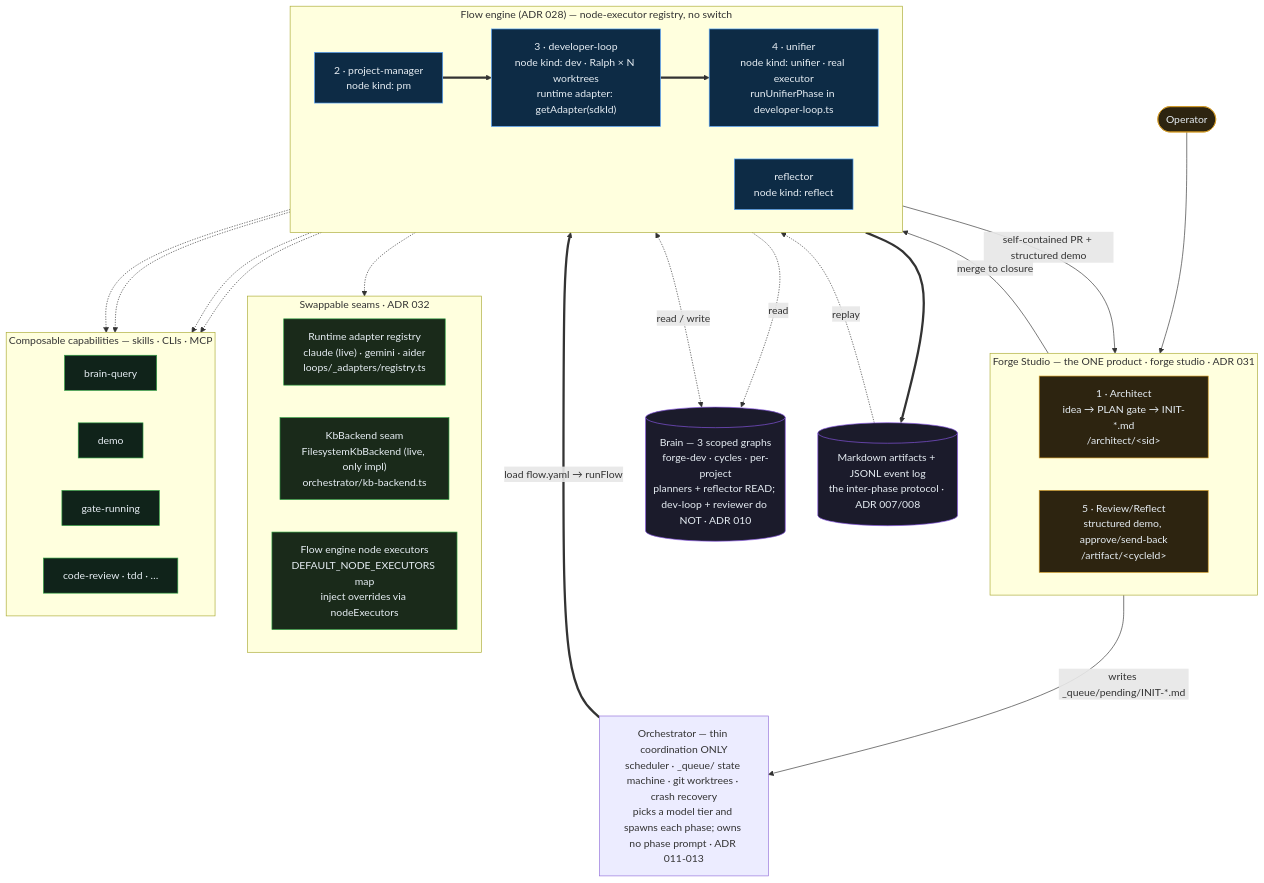
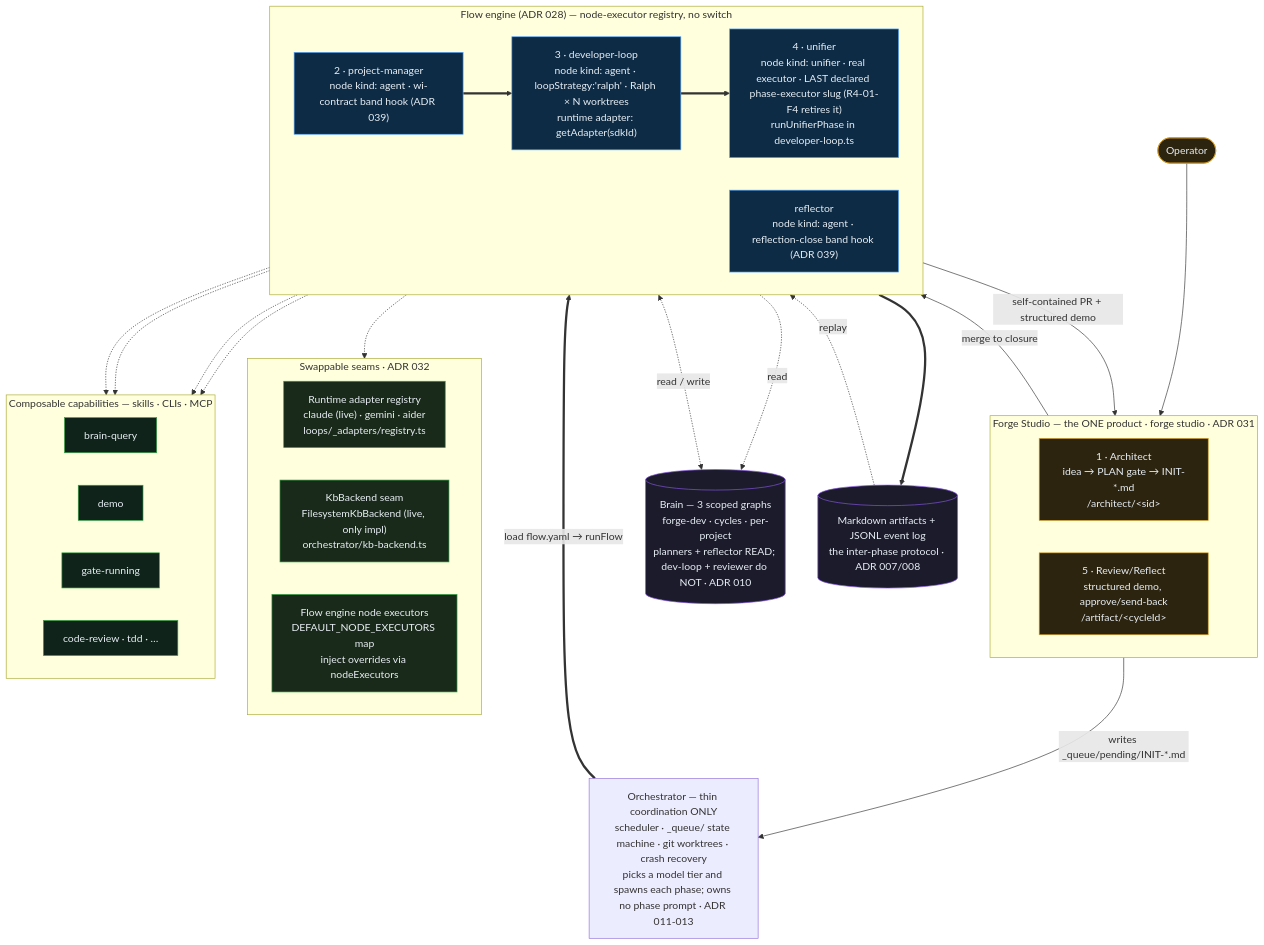
Before and after one commit to parsoFish/forge-studio: the diagram in ARCHITECTURE.md, drawn with Mermaid. The commit also changed other lines of this file and 5 other files, not shown here.

````diff
--- a/ARCHITECTURE.md
+++ b/ARCHITECTURE.md
@@ -51,65 +51,65 @@
 ```mermaid
 flowchart TB
     OP(["Operator"])
 
     subgraph STUDIO["Forge Studio — the ONE product · forge studio · ADR 031"]
         direction LR
         AR["1 · Architect<br/>idea → PLAN gate → INIT-*.md<br/>/architect/&lt;sid&gt;"]
         RV["5 · Review/Reflect<br/>structured demo, approve/send-back<br/>/artifact/&lt;cycleId&gt;"]
     end
 
     ORCH["Orchestrator — thin coordination ONLY<br/>scheduler · _queue/ state machine · git worktrees · crash recovery<br/>picks a model tier and spawns each phase; owns no phase prompt · ADR 011-013"]
 
     subgraph ENGINE["Flow engine (ADR 028) — node-executor registry, no switch"]
         direction LR
-        PM["2 · project-manager<br/>node kind: pm"]
-        DV["3 · developer-loop<br/>node kind: dev · Ralph × N worktrees<br/>runtime adapter: getAdapter(sdkId)"]
-        UN["4 · unifier<br/>node kind: unifier · real executor<br/>runUnifierPhase in developer-loop.ts"]
-        RFL["reflector<br/>node kind: reflect"]
+        PM["2 · project-manager<br/>node kind: agent · wi-contract band hook (ADR 039)"]
+        DV["3 · developer-loop<br/>node kind: agent · loopStrategy:'ralph' · Ralph × N worktrees<br/>runtime adapter: getAdapter(sdkId)"]
+        UN["4 · unifier<br/>node kind: unifier · real executor · LAST declared phase-executor slug (R4-01-F4 retires it)<br/>runUnifierPhase in developer-loop.ts"]
+        RFL["reflector<br/>node kind: agent · reflection-close band hook (ADR 039)"]
     end
 
     subgraph SEAMS["Swappable seams · ADR 032"]
         direction LR
         RA["Runtime adapter registry<br/>claude (live) · gemini · aider<br/>loops/_adapters/registry.ts"]
         KB["KbBackend seam<br/>FilesystemKbBackend (live, only impl)<br/>orchestrator/kb-backend.ts"]
         FE["Flow engine node executors<br/>DEFAULT_NODE_EXECUTORS map<br/>inject overrides via nodeExecutors"]
     end
 
     subgraph CAP["Composable capabilities — skills · CLIs · MCP"]
         direction LR
         C1["brain-query"]
         C2["demo"]
         C3["gate-running"]
         C4["code-review · tdd · …"]
     end
 
     BRAIN[("Brain — 3 scoped graphs<br/>forge-dev · cycles · per-project<br/>planners + reflector READ; dev-loop + reviewer do NOT · ADR 010")]
     LOG[("Markdown artifacts + JSONL event log<br/>the inter-phase protocol · ADR 007/008")]
 
     OP --> STUDIO
     AR -->|"writes _queue/pending/INIT-*.md"| ORCH
     ORCH ==>|"load flow.yaml → runFlow"| PM
     PM ==> DV ==> UN
     UN -->|"self-contained PR + structured demo"| RV
     RV -->|"merge to closure"| RFL
     ENGINE -.-> SEAMS
     PM -.-> CAP
     DV -.-> CAP
     UN -.-> CAP
     RFL -.-> CAP
     PM -.->|read| BRAIN
     RFL <-.->|read / write| BRAIN
     ENGINE ==> LOG
     LOG -.->|replay| RFL
 
     classDef agent fill:#0d2b45,stroke:#58a6ff,color:#e6edf3;
     classDef seam fill:#1a2a1a,stroke:#2ea043,color:#e6edf3;
     classDef cap fill:#10231a,stroke:#2ea043,color:#e6edf3;
     classDef store fill:#1b1b2b,stroke:#8957e5,color:#e6edf3;
     classDef human fill:#2d2410,stroke:#d29922,color:#e6edf3;
     class PM,DV,UN,RFL agent;
     class RA,KB,FE seam;
     class C1,C2,C3,C4 cap;
     class BRAIN,LOG store;
     class OP,AR,RV human;
 ```
````
